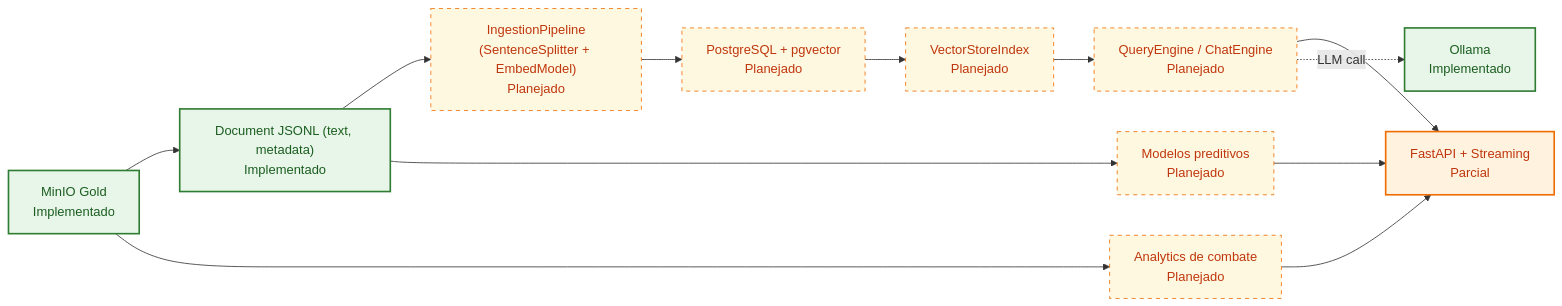
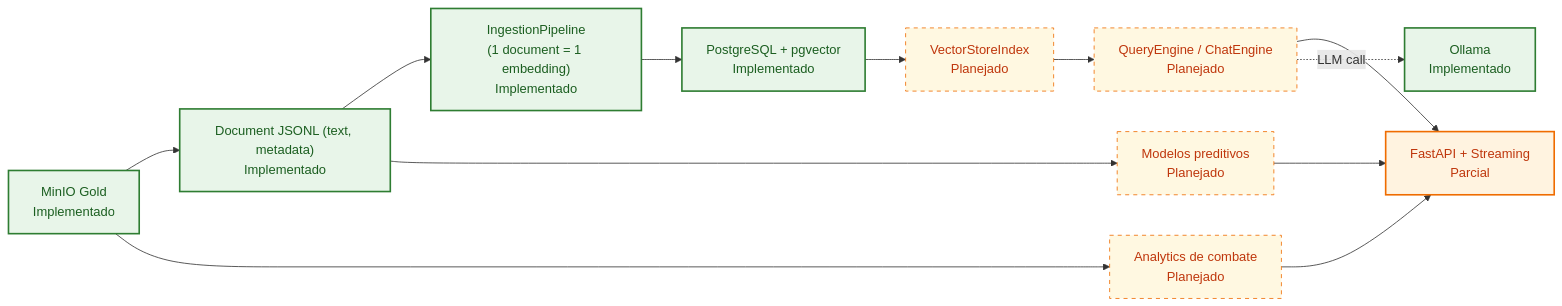
One commit to pedroandrade03/rag-intelligence changed the third of 4 diagrams in README.md. Above: the diagram before and after it, drawn with Mermaid. The commit also changed other lines of this file and 23 other files, not shown here.

````diff
--- a/README.md
+++ b/README.md
@@ -131,26 +130,26 @@
 ```mermaid
 flowchart LR
     gold["MinIO Gold<br/>Implementado"]
     docs["Document JSONL (text, metadata)<br/>Implementado"]
-    ingest["IngestionPipeline<br/>(SentenceSplitter + EmbedModel)<br/>Planejado"]
-    pgvector["PostgreSQL + pgvector<br/>Planejado"]
+    ingest["IngestionPipeline<br/>(1 document = 1 embedding)<br/>Implementado"]
+    pgvector["PostgreSQL + pgvector<br/>Implementado"]
     index["VectorStoreIndex<br/>Planejado"]
     query["QueryEngine / ChatEngine<br/>Planejado"]
     ollama["Ollama<br/>Implementado"]
     analytics["Analytics de combate<br/>Planejado"]
     models["Modelos preditivos<br/>Planejado"]
     api["FastAPI + Streaming<br/>Parcial"]
 
     gold --> docs --> ingest --> pgvector
     pgvector --> index --> query --> api
     query -.->|"LLM call"| ollama
     gold --> analytics --> api
     docs --> models --> api
 
     classDef implemented fill:#e8f5e9,stroke:#2e7d32,color:#1b5e20,stroke-width:2px;
     classDef planned fill:#fff8e1,stroke:#ef6c00,color:#bf360c,stroke-dasharray: 5 5;
     classDef partial fill:#fff3e0,stroke:#ef6c00,color:#bf360c,stroke-width:2px;
-    class gold,docs,ollama implemented;
+    class gold,docs,ingest,pgvector,ollama implemented;
     class api partial;
-    class ingest,pgvector,index,query,analytics,models planned;
+    class index,query,analytics,models planned;
 ```
````
